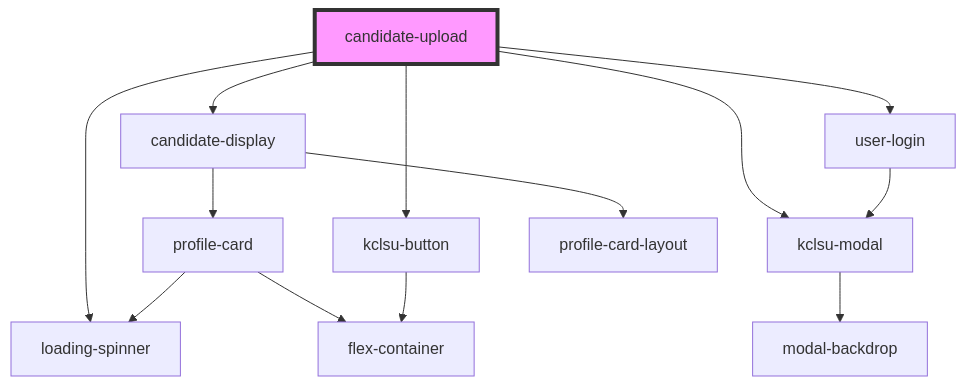
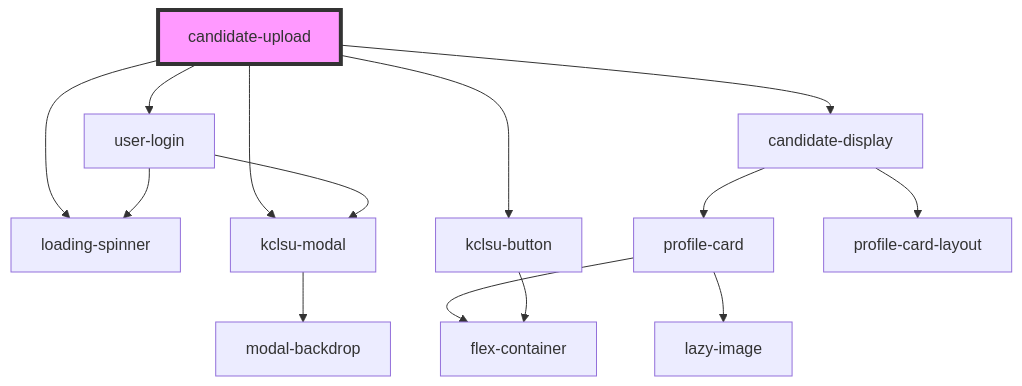
Before and after one commit to dev-kylo/component_library: the diagram in src/components/elections/candidate_upload/readme.md, drawn with Mermaid. The commit also changed other lines of this file and 27 other files, not shown here.

````diff
--- a/src/components/elections/candidate_upload/readme.md
+++ b/src/components/elections/candidate_upload/readme.md
@@ -28,16 +28,17 @@
 ```mermaid
 graph TD;
   candidate-upload --> candidate-display
   candidate-upload --> loading-spinner
   candidate-upload --> kclsu-modal
   candidate-upload --> user-login
   candidate-upload --> kclsu-button
   candidate-display --> profile-card
   candidate-display --> profile-card-layout
-  profile-card --> loading-spinner
+  profile-card --> lazy-image
   profile-card --> flex-container
   kclsu-modal --> modal-backdrop
   user-login --> kclsu-modal
+  user-login --> loading-spinner
   kclsu-button --> flex-container
   style candidate-upload fill:#f9f,stroke:#333,stroke-width:4px
 ```
````
